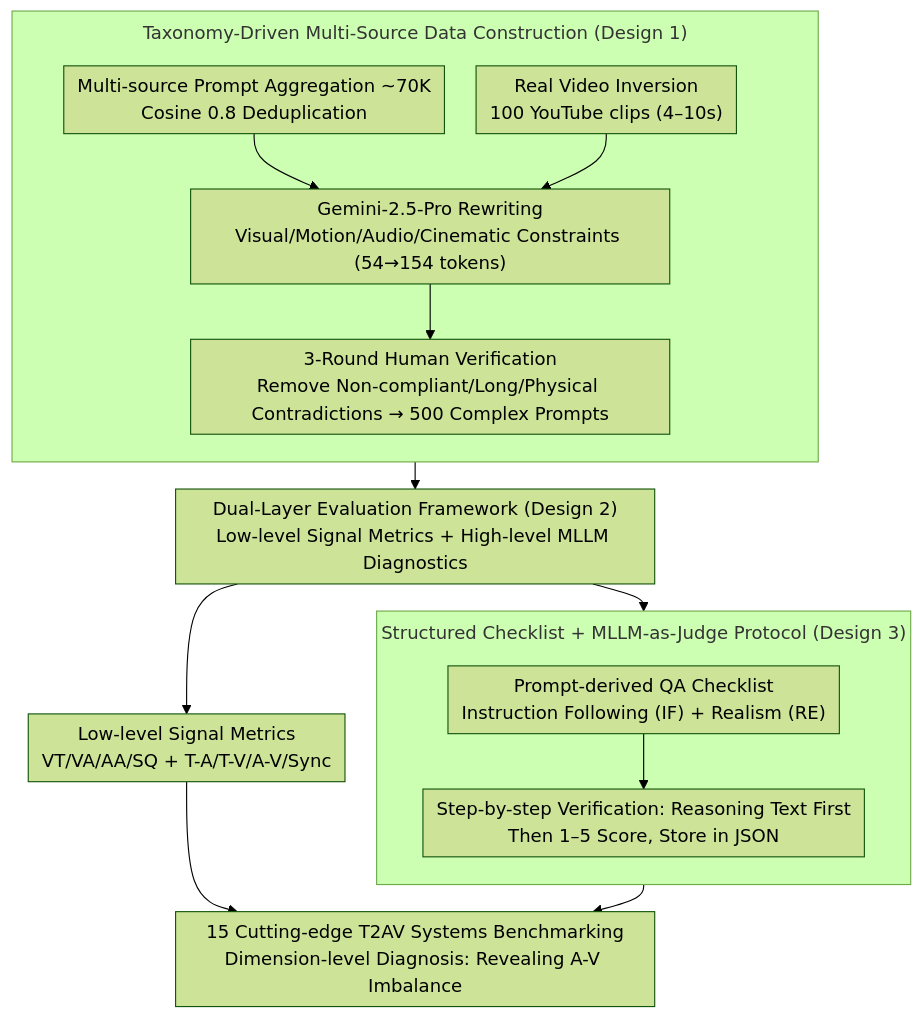
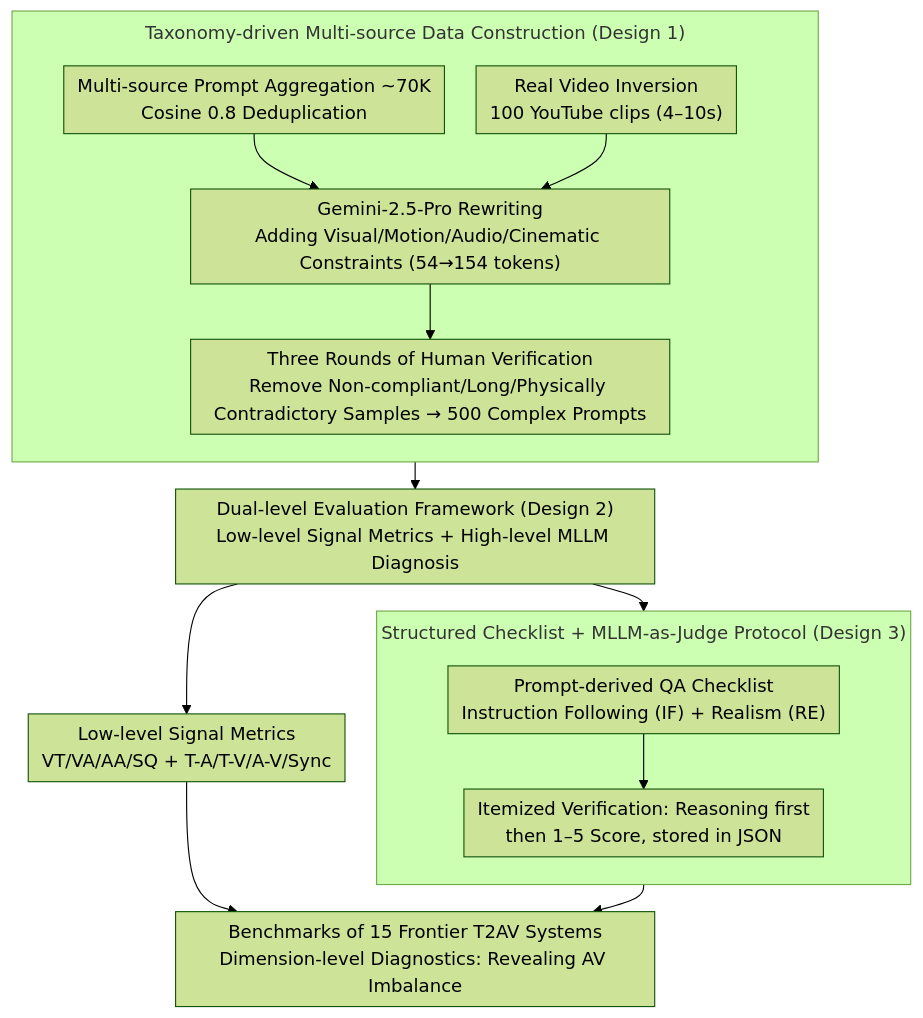
The diagram in docs/ICML2026/video_generation/t2av-compass_towards_unified_evaluation_for_text-to-audio-video_generation.md (zhaoyang97/Paper-Notes-en), drawn with Mermaid (forest theme) before and after one commit. The commit also changed other lines of this file and 5084 other files, not shown here.

````diff
--- a/docs/ICML2026/video_generation/t2av-compass_towards_unified_evaluation_for_text-to-audio-video_generation.md
+++ b/docs/ICML2026/video_generation/t2av-compass_towards_unified_evaluation_for_text-to-audio-video_generation.md
@@ -46,19 +46,19 @@
 ```mermaid
 %%{init: {'flowchart': {'rankSpacing': 24, 'nodeSpacing': 28, 'padding': 6, 'wrappingWidth': 400, 'subGraphTitleMargin': {'top': 8, 'bottom': 16}}}}%%
 flowchart TD
-    subgraph D1["Taxonomy-Driven Multi-Source Data Construction (Design 1)"]
+    subgraph D1["Taxonomy-driven Multi-source Data Construction (Design 1)"]
         direction TB
-        A["Multi-source Prompt Aggregation ~70K<br/>Cosine 0.8 Deduplication"] --> C["Gemini-2.5-Pro Rewriting<br/>Visual/Motion/Audio/Cinematic Constraints (54→154 tokens)"]
+        A["Multi-source Prompt Aggregation ~70K<br/>Cosine 0.8 Deduplication"] --> C["Gemini-2.5-Pro Rewriting<br/>Adding Visual/Motion/Audio/Cinematic Constraints (54→154 tokens)"]
         B["Real Video Inversion<br/>100 YouTube clips (4–10s)"] --> C
-        C --> E["3-Round Human Verification<br/>Remove Non-compliant/Long/Physical Contradictions → 500 Complex Prompts"]
+        C --> E["Three Rounds of Human Verification<br/>Remove Non-compliant/Long/Physically Contradictory Samples → 500 Complex Prompts"]
     end
-    D1 --> EVAL["Dual-Layer Evaluation Framework (Design 2)<br/>Low-level Signal Metrics + High-level MLLM Diagnostics"]
+    D1 --> EVAL["Dual-level Evaluation Framework (Design 2)<br/>Low-level Signal Metrics + High-level MLLM Diagnosis"]
     EVAL --> L["Low-level Signal Metrics<br/>VT/VA/AA/SQ + T-A/T-V/A-V/Sync"]
     EVAL --> D3
     subgraph D3["Structured Checklist + MLLM-as-Judge Protocol (Design 3)"]
         direction TB
-        F["Prompt-derived QA Checklist<br/>Instruction Following (IF) + Realism (RE)"] --> J["Step-by-step Verification: Reasoning Text First<br/>Then 1–5 Score, Store in JSON"]
+        F["Prompt-derived QA Checklist<br/>Instruction Following (IF) + Realism (RE)"] --> J["Itemized Verification: Reasoning first<br/>then 1–5 Score, stored in JSON"]
     end
-    L --> R["15 Cutting-edge T2AV Systems Benchmarking<br/>Dimension-level Diagnosis: Revealing A-V Imbalance"]
+    L --> R["Benchmarks of 15 Frontier T2AV Systems<br/>Dimension-level Diagnostics: Revealing AV Imbalance"]
     D3 --> R
 ```
````
